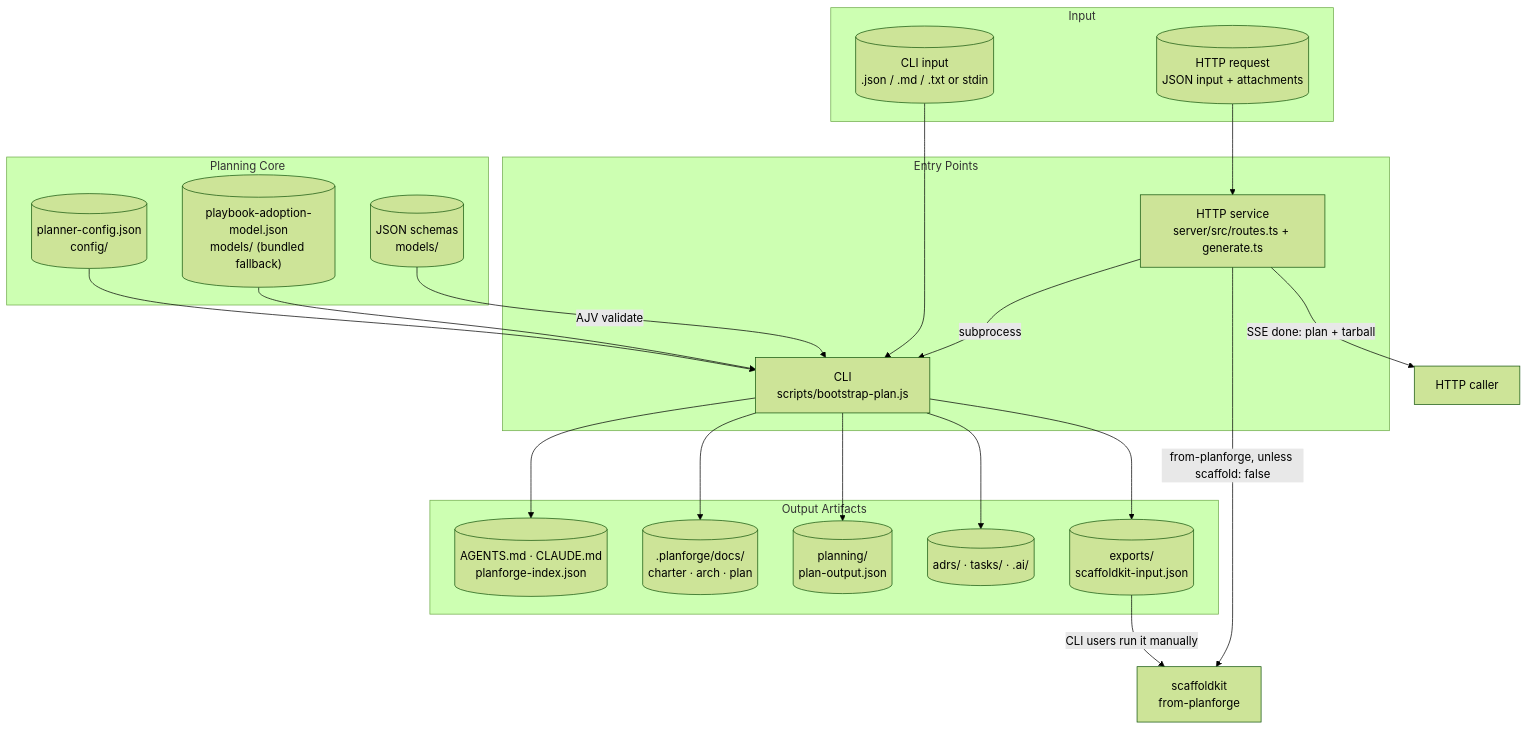
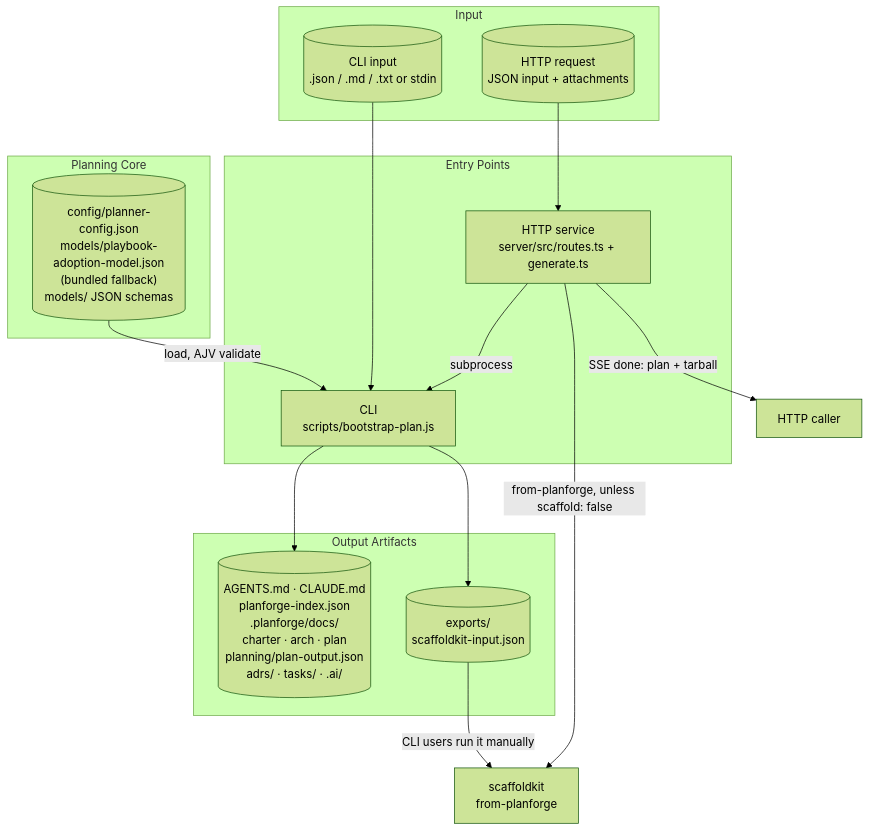
The first of 3 diagrams in docs/architecture.md (LanNguyenSi/agent-planforge), drawn with Mermaid (forest theme) before and after one commit.

Commit message:
docs(architecture): narrow the system flowchart
Collapse the three planning-core inputs into one node joined to the CLI
by a single load and AJV-validate edge, and merge the root files,
.planforge/docs, planning, adrs, tasks and .ai outputs into one artifacts
node. The scaffoldkit export stays its own node because both scaffoldkit
paths start from it. Every file named before is still in the diagram;
the rendered width drops below the previous version so labels stay
readable in a doc column.

````diff
--- a/docs/architecture.md
+++ b/docs/architecture.md
@@ -9,44 +9,34 @@
 ```mermaid
 flowchart TD
   subgraph inputs["Input"]
     I1[("CLI input<br/>.json / .md / .txt or stdin")]
     I2[("HTTP request<br/>JSON input + attachments")]
   end
 
   subgraph entry["Entry Points"]
     E1["CLI<br/>scripts/bootstrap-plan.js"]
     E2["HTTP service<br/>server/src/routes.ts + generate.ts"]
   end
 
   subgraph core["Planning Core"]
-    C1[("planner-config.json<br/>config/")]
-    C2[("playbook-adoption-model.json<br/>models/ (bundled fallback)")]
-    C3[("JSON schemas<br/>models/")]
+    C1[("config/planner-config.json<br/>models/playbook-adoption-model.json<br/>(bundled fallback)<br/>models/ JSON schemas")]
   end
 
   subgraph artifacts["Output Artifacts"]
-    O0[("AGENTS.md · CLAUDE.md<br/>planforge-index.json")]
-    O1[(".planforge/docs/<br/>charter · arch · plan")]
-    O2[("planning/<br/>plan-output.json")]
-    O3[("adrs/ · tasks/ · .ai/")]
+    O0[("AGENTS.md · CLAUDE.md<br/>planforge-index.json<br/>.planforge/docs/<br/>charter · arch · plan<br/>planning/plan-output.json<br/>adrs/ · tasks/ · .ai/")]
     O4[("exports/<br/>scaffoldkit-input.json")]
   end
 
   SK["scaffoldkit<br/>from-planforge"]
   CL["HTTP caller"]
 
   I1 --> E1
   I2 --> E2
   E2 -->|"subprocess"| E1
-  C1 --> E1
-  C2 --> E1
-  C3 -->|"AJV validate"| E1
+  C1 -->|"load, AJV validate"| E1
   E1 --> O0
-  E1 --> O1
-  E1 --> O2
-  E1 --> O3
   E1 --> O4
   O4 -->|"CLI users run it manually"| SK
   E2 -->|"from-planforge, unless scaffold: false"| SK
   E2 -->|"SSE done: plan + tarball"| CL
 ```
````
